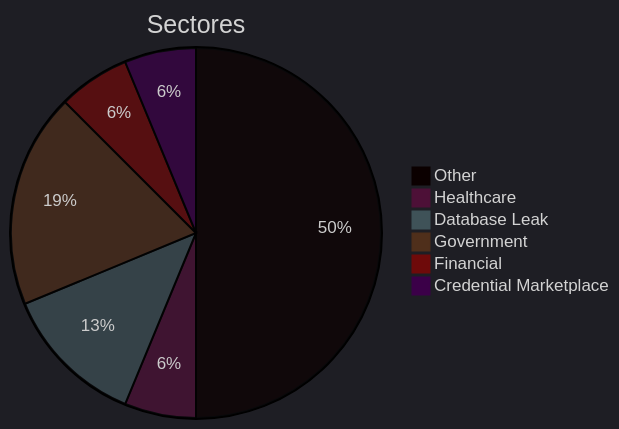
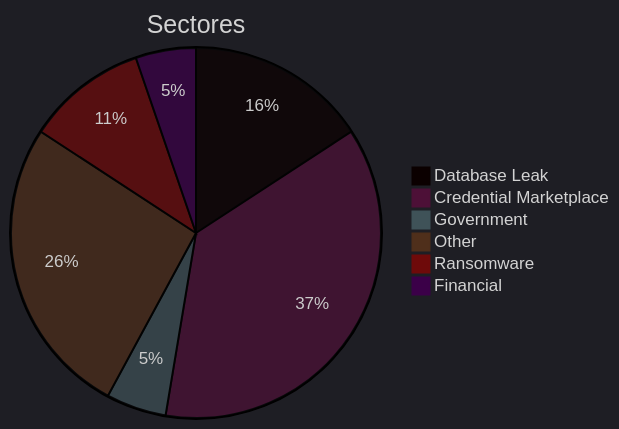
The second of 5 diagrams in exfiltradaz.md (ZoqueLabs/website), drawn with Mermaid before and after one commit. The commit also changed other lines of this file and 1 other file, not shown here.

````diff
--- a/exfiltradaz.md
+++ b/exfiltradaz.md
@@ -58,13 +63,13 @@
 ```mermaid
 ---
 config:
   theme: dark
 ---
 pie title Sectores
-  "Other" : 8
-  "Healthcare" : 1
-  "Database Leak" : 2
-  "Government" : 3
+  "Database Leak" : 3
+  "Credential Marketplace" : 7
+  "Government" : 1
+  "Other" : 5
+  "Ransomware" : 2
   "Financial" : 1
-  "Credential Marketplace" : 1
 ```
````
